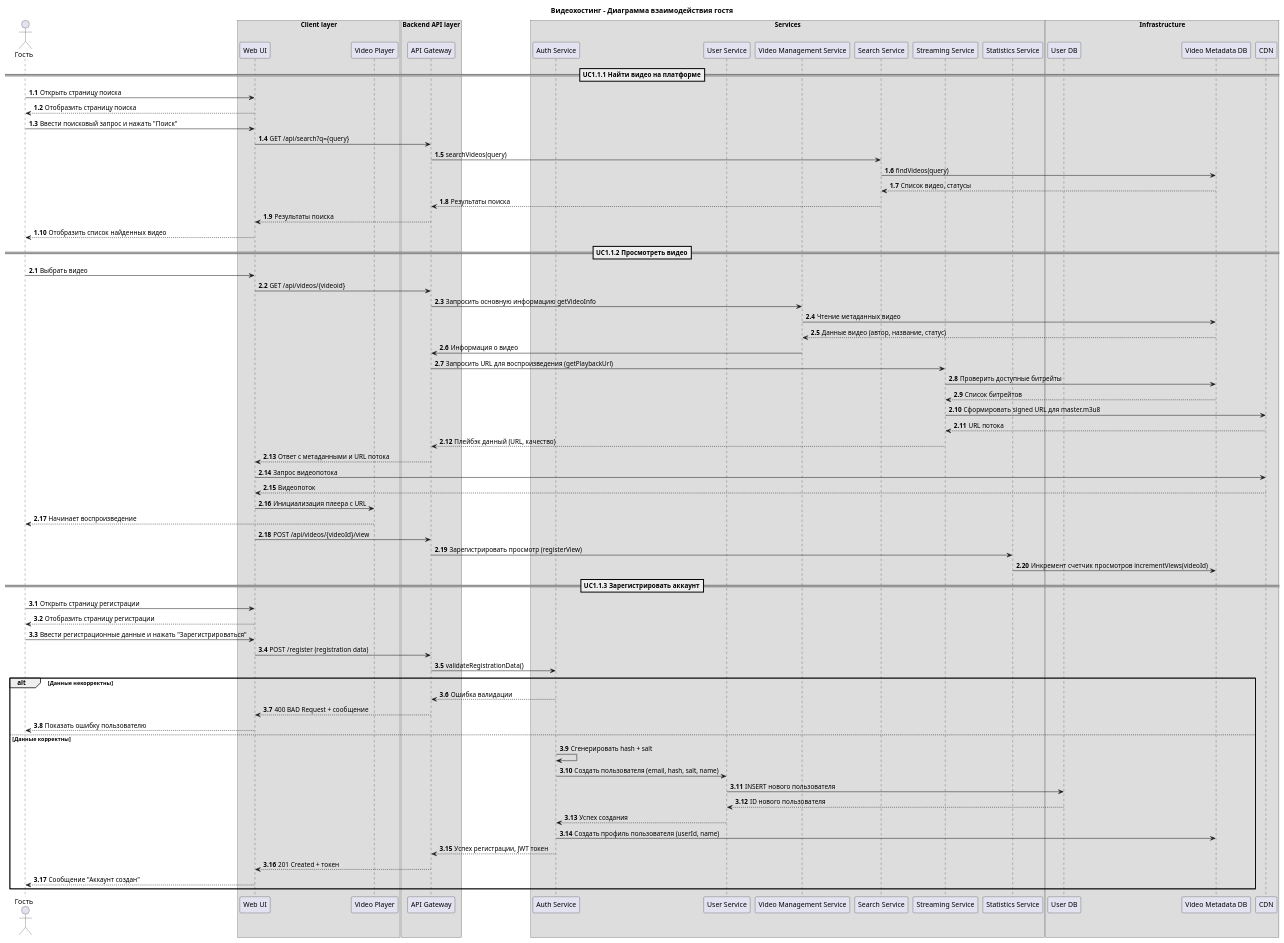
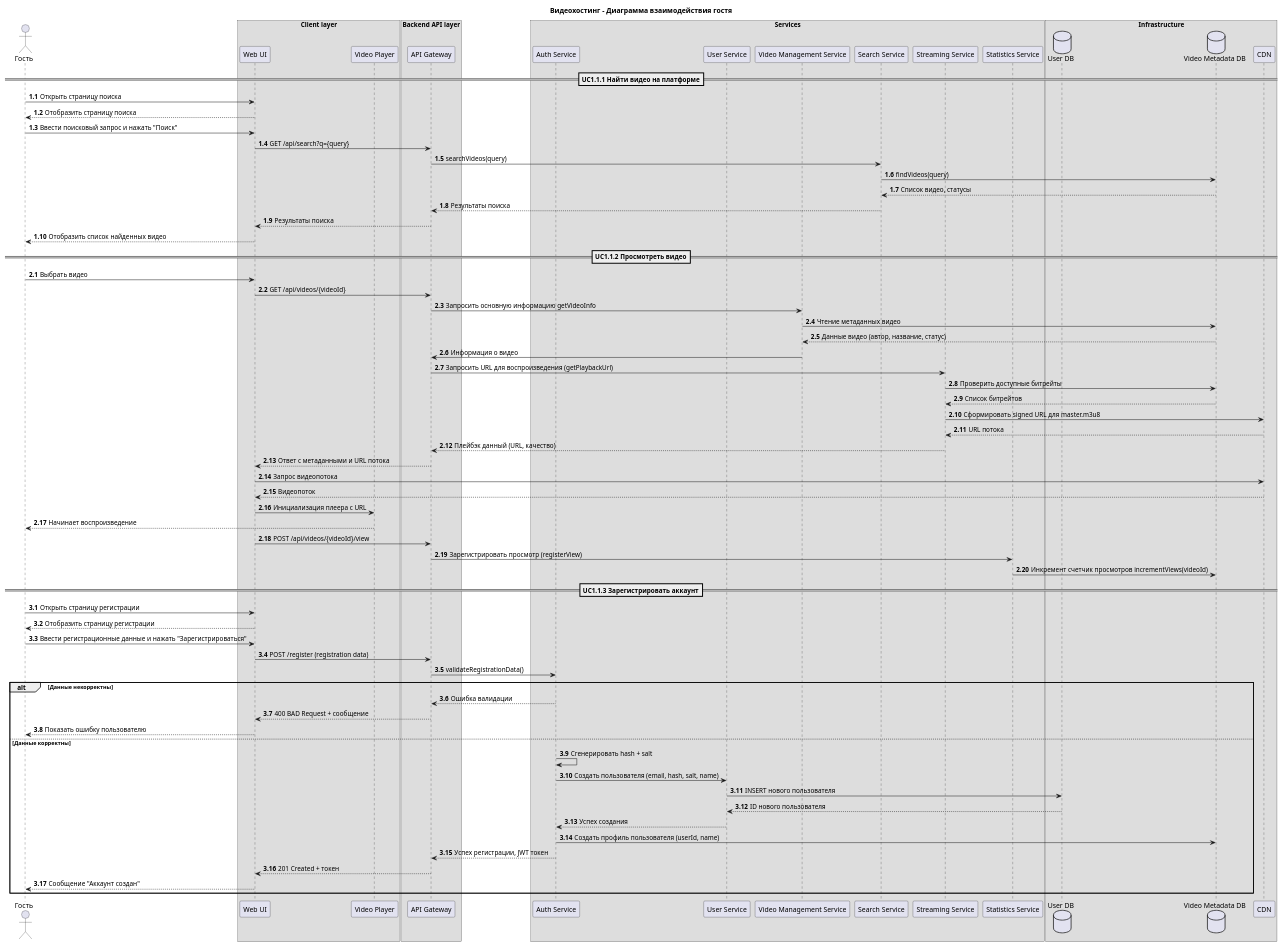
One commit to andlargesoda/Videohosting changed the diagram in SeqDiagram_Guest_v1.0.puml. Above: the diagram before and after it, drawn with PlantUML. The commit also changed 4 other files, not shown here.

```diff
--- a/SeqDiagram_Guest_v1.0.puml
+++ b/SeqDiagram_Guest_v1.0.puml
@@ -1,104 +1,104 @@
 @startuml
 title Видеохостинг - Диаграмма взаимодействия гостя
 actor "Гость" as Guest
 ' 1. Клиентский уровень
 box "Client layer"
     participant "Web UI" as UI
     participant "Video Player" as VideoPlayer
 end box
 ' 2. Backend
 box "Backend API layer"
     participant "API Gateway" as API
 end box
 ' 3. Сервисы
 box "Services"
     participant "Auth Service" as AuthService
     participant "User Service" as UserService
     participant "Video Management Service" as VideoManagementService
     participant "Search Service" as SearchService
     participant "Streaming Service" as StreamingService
     participant "Statistics Service" as StatisticsService
 end box
 ' 5. Инфраструктура
 box "Infrastructure"
-    participant "User DB" as UserDB
-    participant "Video Metadata DB" as MetadataDB
+    database "User DB" as UserDB
+    database "Video Metadata DB" as MetadataDB
     participant "CDN" as CDN
 end box
 
 ==UC1.1.1 Найти видео на платформе==
 
 autonumber 1.1
 
 Guest -> UI : Открыть страницу поиска
 UI --> Guest : Отобразить страницу поиска
 
 Guest -> UI : Ввести поисковый запрос и нажать "Поиск"
 UI -> API : GET /api/search?q={query}
 
 API -> SearchService : searchVideos(query)
 SearchService -> MetadataDB : findVideos(query)
 MetadataDB --> SearchService : Список видео, статусы
 SearchService --> API : Результаты поиска
 
 API --> UI : Результаты поиска
 UI --> Guest : Отобразить список найденных видео
 
 ==UC1.1.2 Просмотреть видео==
 
 autonumber 2.1
 
 Guest -> UI : Выбрать видео
-UI -> API : GET /api/videos/{videoid}
+UI -> API : GET /api/videos/{videoId}
 
 API -> VideoManagementService : Запросить основную информацию getVideoInfo
 VideoManagementService -> MetadataDB : Чтение метаданных видео
 MetadataDB --> VideoManagementService : Данные видео (автор, название, статус)
 VideoManagementService -> API : Информация о видео
 
 API -> StreamingService : Запросить URL для воспроизведения (getPlaybackUrl)
 StreamingService -> MetadataDB : Проверить доступные битрейты
 MetadataDB --> StreamingService : Список битрейтов
 StreamingService -> CDN : Сформировать signed URL для master.m3u8
 CDN --> StreamingService : URL потока
 StreamingService --> API : Плейбэк данный (URL, качество)
 
 API --> UI : Ответ с метаданными и URL потока
 
 UI -> CDN : Запрос видеопотока
 CDN --> UI : Видеопоток
 UI -> VideoPlayer : Инициализация плеера с URL
 VideoPlayer --> Guest : Начинает воспроизведение
 
 UI -> API : POST /api/videos/{videoId}/view
 API -> StatisticsService : Зарегистрировать просмотр (registerView)
 StatisticsService -> MetadataDB : Инкремент счетчик просмотров incrementViews(videoId)
 
 ==UC1.1.3 Зарегистрировать аккаунт==
 
 autonumber 3.1
 
 Guest -> UI : Открыть страницу регистрации
 UI --> Guest : Отобразить страницу регистрации
 
 Guest -> UI : Ввести регистрационные данные и нажать "Зарегистрироваться"
 UI -> API : POST /register (registration data)
 
 API -> AuthService : validateRegistrationData()
 
 alt Данные некорректны
     AuthService --> API : Ошибка валидации
     API --> UI : 400 BAD Request + сообщение
     UI --> Guest : Показать ошибку пользователю
 else Данные корректны
     AuthService -> AuthService : Сгенерировать hash + salt
     AuthService -> UserService : Создать пользователя (email, hash, salt, name)
     UserService -> UserDB : INSERT нового пользователя
     UserDB --> UserService : ID нового пользователя
     UserService --> AuthService : Успех создания
     AuthService -> MetadataDB : Создать профиль пользователя (userId, name)
     AuthService --> API : Успех регистрации, JWT токен
     API --> UI : 201 Created + токен
     UI --> Guest : Сообщение "Аккаунт создан"
 end
 @enduml
```
